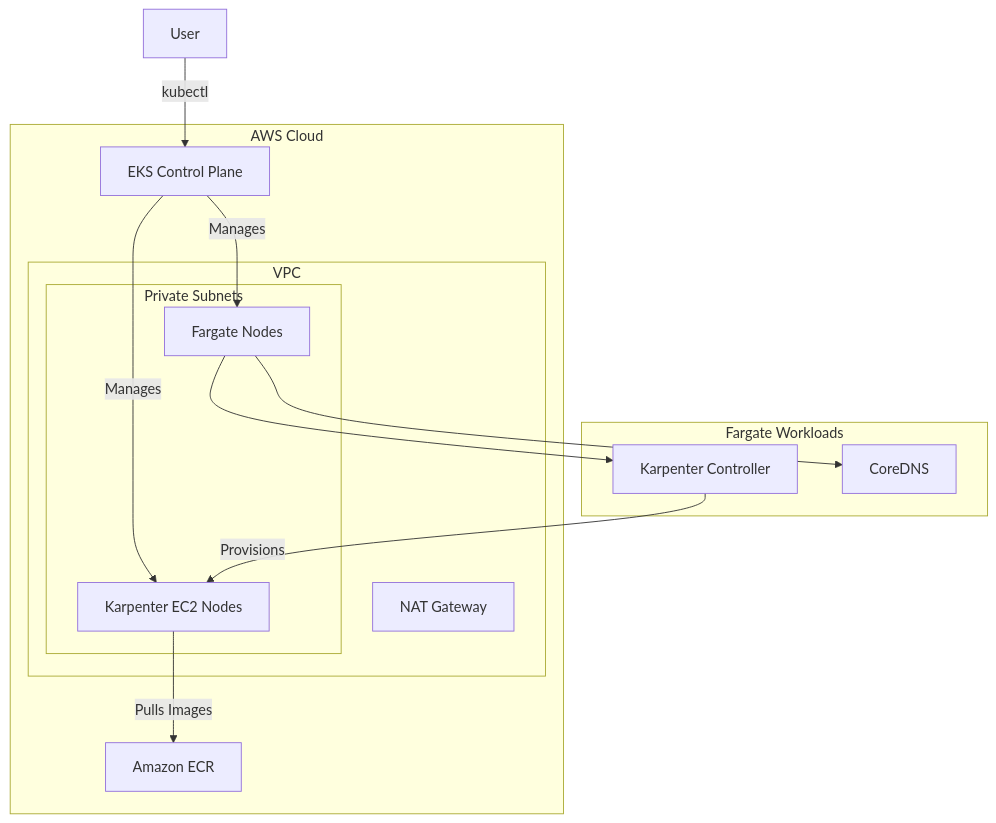
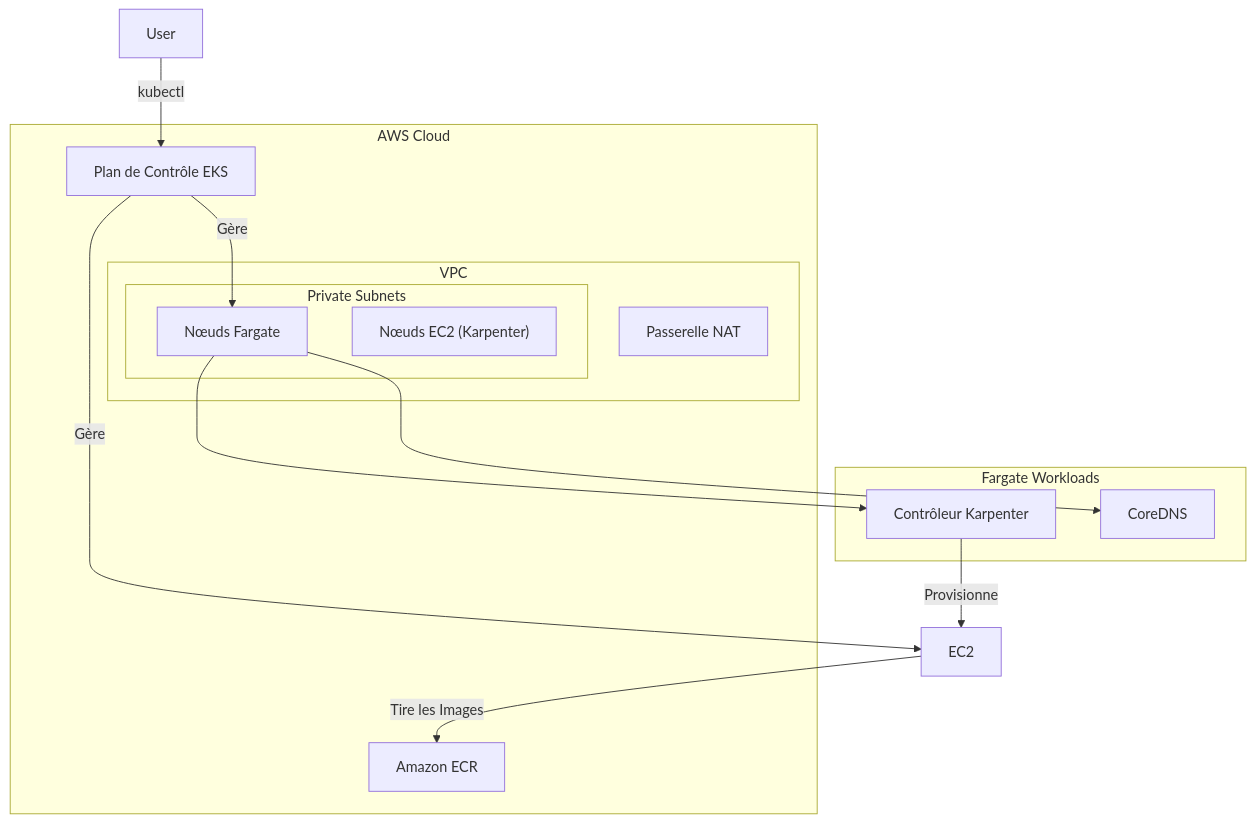
One commit to Seafarer-Cloud/Infrastructure changed the first of 2 diagrams in README.md. Above: the diagram before and after it, drawn with Mermaid. The commit also changed other lines of this file and 6 other files, not shown here.

Commit message:
feat: Implement Karpenter IRSA and update EKS configuration with French README documentation.

````diff
--- a/README.md
+++ b/README.md
@@ -20,31 +24,31 @@
 ```mermaid
 graph TD
     subgraph AWS Cloud
         subgraph VPC
             subgraph Private Subnets
-                Fargate[Fargate Nodes]
-                EC2[Karpenter EC2 Nodes]
+                Fargate[Nœuds Fargate]
+                EC2_Node["Nœuds EC2 (Karpenter)"]
             end
 
-            NAT[NAT Gateway]
+            NAT[Passerelle NAT]
         end
 
-        EKS[EKS Control Plane]
+        EKS[Plan de Contrôle EKS]
         ECR[Amazon ECR]
     end
 
     User -->|kubectl| EKS
-    EKS -->|Manages| Fargate
-    EKS -->|Manages| EC2
+    EKS -->|Gère| Fargate
+    EKS -->|Gère| EC2
 
     subgraph Fargate Workloads
-        KarpenterCtrl[Karpenter Controller]
+        KarpenterCtrl[Contrôleur Karpenter]
         CoreDNS
     end
 
     Fargate --> KarpenterCtrl
     Fargate --> CoreDNS
 
-    KarpenterCtrl -->|Provisions| EC2
-    EC2 -->|Pulls Images| ECR
+    KarpenterCtrl -->|Provisionne| EC2
+    EC2 -->|Tire les Images| ECR
 ```
````
